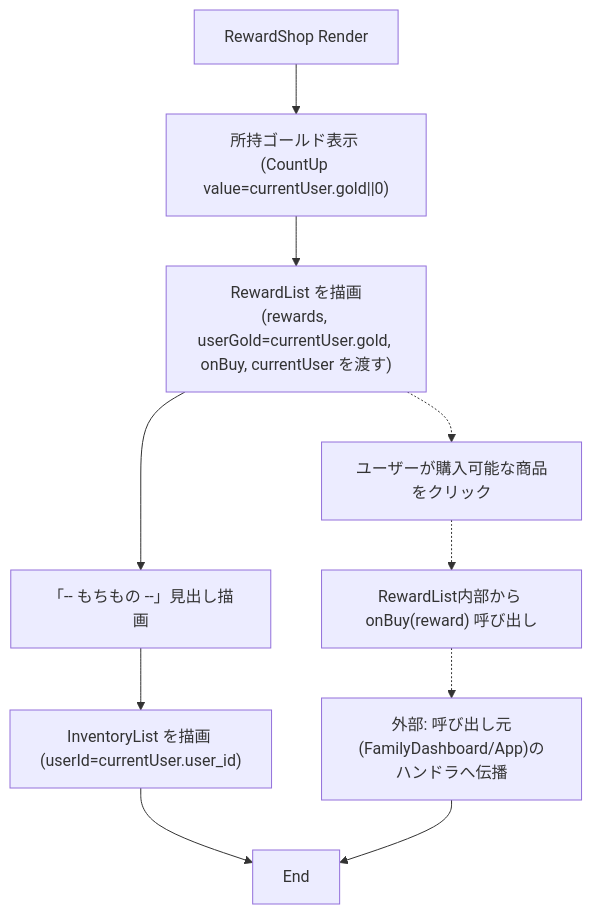
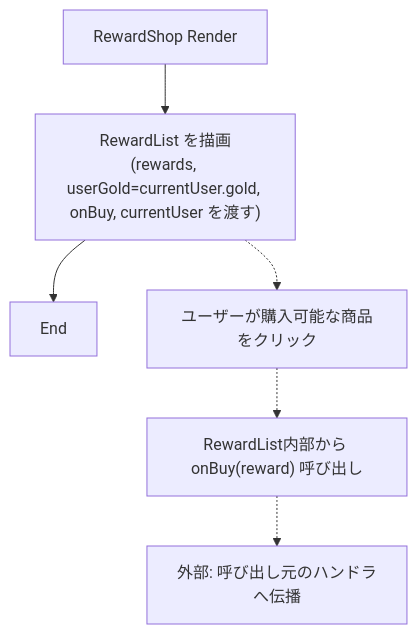
Before and after one commit to mmtigers/my_python_project: the first of 2 diagrams in docs/specifications/family-quest/src/features/shop/components/RewardShop.md, drawn with Mermaid. The commit also changed other lines of this file and 65 other files, not shown here.

````diff
--- a/docs/specifications/family-quest/src/features/shop/components/RewardShop.md
+++ b/docs/specifications/family-quest/src/features/shop/components/RewardShop.md
@@ -98,15 +81,10 @@
 ```mermaid
 flowchart TD
-    Start["RewardShop Render"] --> RenderGold["所持ゴールド表示 (CountUp value=currentUser.gold||0)"]
-    RenderGold --> RenderRewardList["RewardList を描画\n(rewards, userGold=currentUser.gold, onBuy, currentUser を渡す)"]
-    RenderRewardList --> RenderInventoryHeader["「-- もちもの --」見出し描画"]
-    RenderInventoryHeader --> RenderInventoryList["InventoryList を描画 (userId=currentUser.user_id)"]
+    Start["RewardShop Render"] --> RenderRewardList["RewardList を描画\n(rewards, userGold=currentUser.gold, onBuy, currentUser を渡す)"]
+    RenderRewardList --> End["End"]
 
     RenderRewardList -.-> UserClickBuy["ユーザーが購入可能な商品をクリック"]
     UserClickBuy -.-> CallOnBuy["RewardList内部から onBuy(reward) 呼び出し"]
-    CallOnBuy -.-> External["外部: 呼び出し元(FamilyDashboard/App)のハンドラへ伝播"]
-
-    RenderInventoryList --> End["End"]
-    External --> End
+    CallOnBuy -.-> External["外部: 呼び出し元のハンドラへ伝播"]
 
 ```
````
